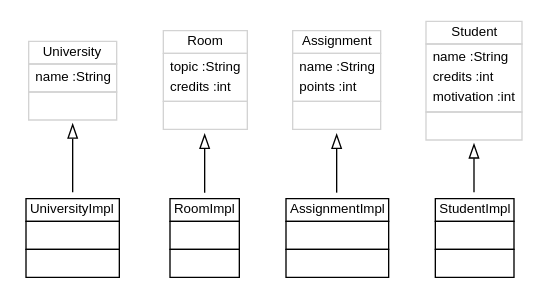
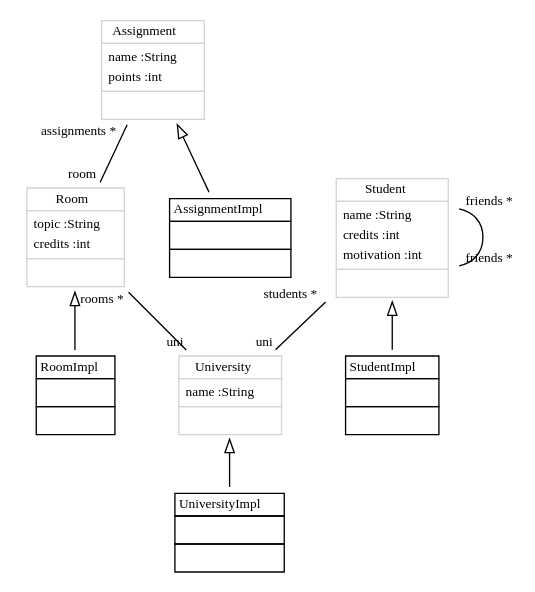
Before and after one commit to fujaba/SDMLib-EMF: the diagram in doc/SDMCodeEnhancerClassDiagram1.dot, drawn with Graphviz. The commit also changed 44 other files, not shown here.

```diff
--- a/doc/SDMCodeEnhancerClassDiagram1.dot
+++ b/doc/SDMCodeEnhancerClassDiagram1.dot
@@ -1,22 +1,26 @@
 
  digraph ClassDiagram {
-    node [shape = none, fontsize = 10, fontname = "Arial"]; 
-    edge [fontsize = 10, fontname = "Arial"];
+    node [shape = none, fontsize = 10]; 
+    edge [fontsize = 10];
     
     
     _University [label=<<table color='lightgrey' border='0' cellborder='1' cellspacing='0'> <tr> <td HREF="../emfsrc/org/sdmlib/examples/emfstudyright/EMFStudyRightModel/University.java">University</td> </tr> <tr><td><table border='0' cellborder='0' cellspacing='0'> <tr><td align='left'>name :String</td></tr>  </table></td></tr> <tr><td><table border='0' cellborder='0' cellspacing='0'> <tr><td> </td></tr> </table></td></tr> </table>>];
     _UniversityImpl [label=<<table border='0' cellborder='1' cellspacing='0'> <tr> <td HREF="../emfsrc/org/sdmlib/examples/emfstudyright/EMFStudyRightModel/impl/UniversityImpl.java">UniversityImpl</td> </tr> <tr><td><table border='0' cellborder='0' cellspacing='0'> <tr><td> </td></tr> </table></td></tr> <tr><td><table border='0' cellborder='0' cellspacing='0'> <tr><td> </td></tr> </table></td></tr> </table>>];
     _Room [label=<<table color='lightgrey' border='0' cellborder='1' cellspacing='0'> <tr> <td HREF="../emfsrc/org/sdmlib/examples/emfstudyright/EMFStudyRightModel/Room.java">Room</td> </tr> <tr><td><table border='0' cellborder='0' cellspacing='0'> <tr><td align='left'>topic :String</td></tr> <tr><td align='left'>credits :int</td></tr>  </table></td></tr> <tr><td><table border='0' cellborder='0' cellspacing='0'> <tr><td> </td></tr> </table></td></tr> </table>>];
     _RoomImpl [label=<<table border='0' cellborder='1' cellspacing='0'> <tr> <td HREF="../emfsrc/org/sdmlib/examples/emfstudyright/EMFStudyRightModel/impl/RoomImpl.java">RoomImpl</td> </tr> <tr><td><table border='0' cellborder='0' cellspacing='0'> <tr><td> </td></tr> </table></td></tr> <tr><td><table border='0' cellborder='0' cellspacing='0'> <tr><td> </td></tr> </table></td></tr> </table>>];
     _Assignment [label=<<table color='lightgrey' border='0' cellborder='1' cellspacing='0'> <tr> <td HREF="../emfsrc/org/sdmlib/examples/emfstudyright/EMFStudyRightModel/Assignment.java">Assignment</td> </tr> <tr><td><table border='0' cellborder='0' cellspacing='0'> <tr><td align='left'>name :String</td></tr> <tr><td align='left'>points :int</td></tr>  </table></td></tr> <tr><td><table border='0' cellborder='0' cellspacing='0'> <tr><td> </td></tr> </table></td></tr> </table>>];
     _AssignmentImpl [label=<<table border='0' cellborder='1' cellspacing='0'> <tr> <td HREF="../emfsrc/org/sdmlib/examples/emfstudyright/EMFStudyRightModel/impl/AssignmentImpl.java">AssignmentImpl</td> </tr> <tr><td><table border='0' cellborder='0' cellspacing='0'> <tr><td> </td></tr> </table></td></tr> <tr><td><table border='0' cellborder='0' cellspacing='0'> <tr><td> </td></tr> </table></td></tr> </table>>];
     _Student [label=<<table color='lightgrey' border='0' cellborder='1' cellspacing='0'> <tr> <td HREF="../emfsrc/org/sdmlib/examples/emfstudyright/EMFStudyRightModel/Student.java">Student</td> </tr> <tr><td><table border='0' cellborder='0' cellspacing='0'> <tr><td align='left'>name :String</td></tr> <tr><td align='left'>credits :int</td></tr> <tr><td align='left'>motivation :int</td></tr>  </table></td></tr> <tr><td><table border='0' cellborder='0' cellspacing='0'> <tr><td> </td></tr> </table></td></tr> </table>>];
     _StudentImpl [label=<<table border='0' cellborder='1' cellspacing='0'> <tr> <td HREF="../emfsrc/org/sdmlib/examples/emfstudyright/EMFStudyRightModel/impl/StudentImpl.java">StudentImpl</td> </tr> <tr><td><table border='0' cellborder='0' cellspacing='0'> <tr><td> </td></tr> </table></td></tr> <tr><td><table border='0' cellborder='0' cellspacing='0'> <tr><td> </td></tr> </table></td></tr> </table>>];
     
     
     
     _University ->  _UniversityImpl [dir = "back" arrowtail = "empty"];
     _Room ->  _RoomImpl [dir = "back" arrowtail = "empty"];
     _Assignment ->  _AssignmentImpl [dir = "back" arrowtail = "empty"];
     _Student ->  _StudentImpl [dir = "back" arrowtail = "empty"];
+    _Room -> _University [headlabel = "uni" taillabel = "rooms *" arrowhead = "none" ];
+    _Student -> _University [headlabel = "uni" taillabel = "students *" arrowhead = "none" ];
+    _Assignment -> _Room [headlabel = "room" taillabel = "assignments *" arrowhead = "none" ];
+    _Student -> _Student [headlabel = "friends *" taillabel = "friends *" arrowhead = "none" ];
 }
```
